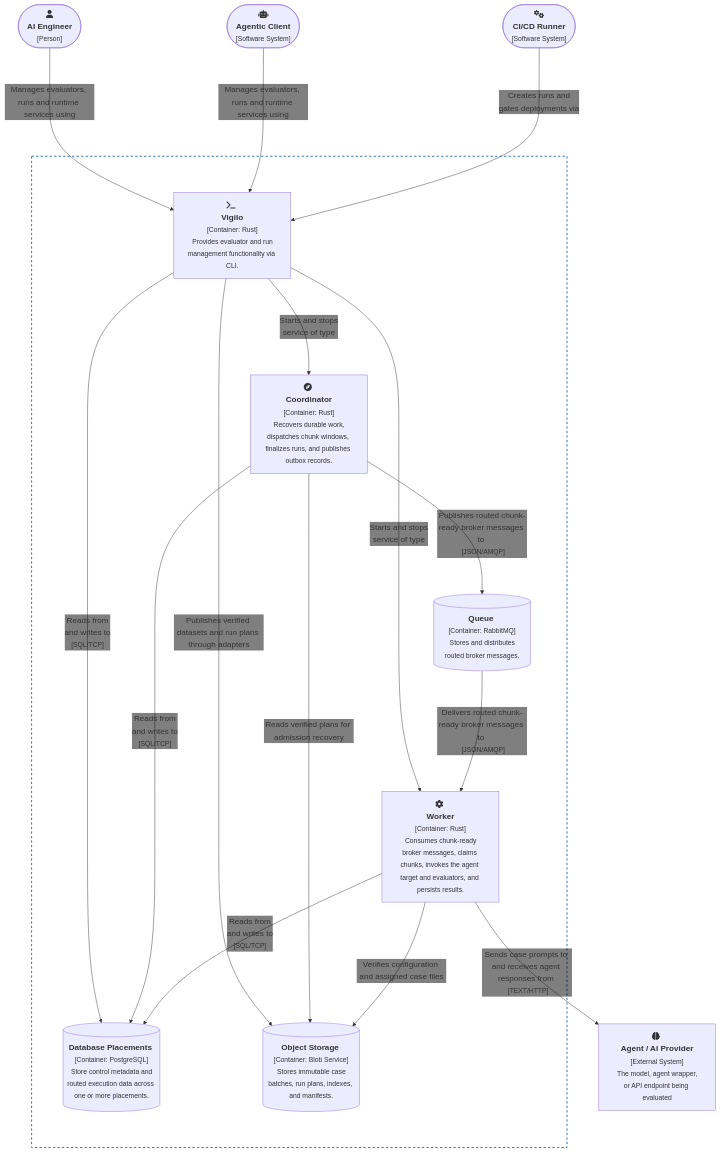
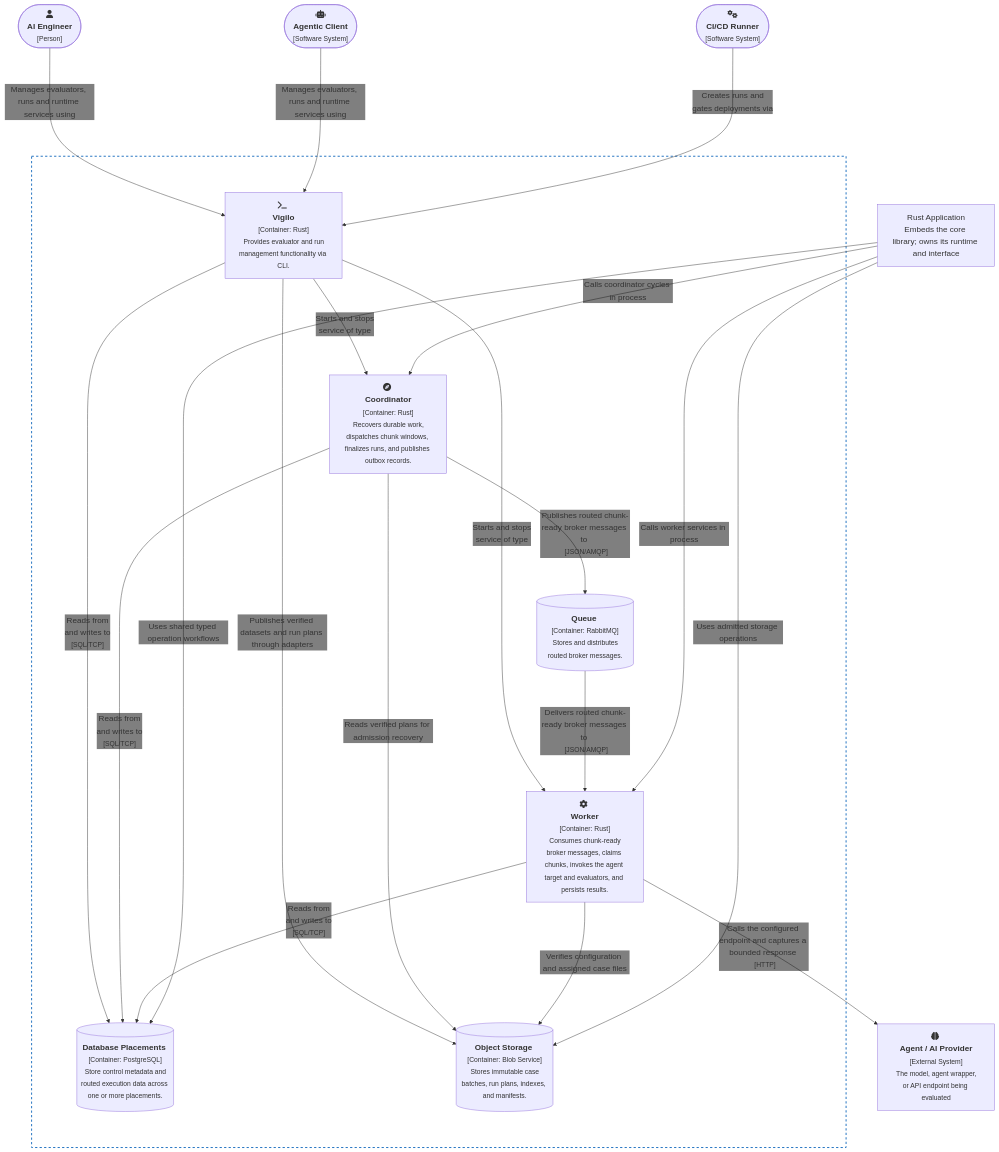
The diagram in web/docs/architecture/structure/containers/agent-vigilo/diagram.mmd (agent-vigilo/vigilo), drawn with Mermaid before and after one commit. The commit also changed 25 other files, not shown here.

```diff
--- a/web/docs/architecture/structure/containers/agent-vigilo/diagram.mmd
+++ b/web/docs/architecture/structure/containers/agent-vigilo/diagram.mmd
@@ -1,61 +1,68 @@
 ---
 config:
   flowchart:
     nodeSpacing: 120
     rankSpacing: 160
   themeVariables:
     fontSize: 18px
     padding: 50
     edgeLabelBackground: 'transparent'
 ---
 flowchart TD
     %% actors
     User(["fa:fa-user <br/> <b>AI Engineer</b> <br/> <small>[Person]</small>"]):::person
     AgentClient(["fa:fa-robot <br/> <b>Agentic Client</b> <br/> <small>[Software System]</small>"]):::actor
     CICD(["fa:fa-gears <br/> <b>CI/CD Runner</b> <br/> <small>[Software System]</small>"]):::actor
 
+
+    LibraryHost["Rust Application<br/>Embeds the core library; owns its runtime and interface"]:::external
 
     %% components
     Vigilo["fa:fa-terminal <br/> <b>Vigilo</b> <br/> <small>[Container: Rust]</small> <br/> <small>Provides evaluator and run management functionality via CLI.</small>"]:::component
     Coordinator["fa:fa-compass <br/> <b>Coordinator</b> <br/> <small>[Container: Rust]</small> <br/> <small>Recovers durable work, dispatches chunk windows, finalizes runs, and publishes outbox records.</small>"]:::component
     Worker["fa:fa-gear <br/> <b>Worker</b> <br/> <small>[Container: Rust]</small> <br/> <small>Consumes chunk-ready broker messages, claims chunks, invokes the agent target and evaluators, and persists results.</small>"]:::component
     Database[("<b>Database Placements</b> <br/> <small>[Container: PostgreSQL]</small> <br/> <small>Store control metadata and routed execution data across one or more placements.</small>")]:::component
     Queue[("<b>Queue</b> <br/> <small>[Container: RabbitMQ]</small> <br/> <small>Stores and distributes routed broker messages.</small>")]:::component
 
     Objects[("<b>Object Storage</b> <br/> <small>[Container: Blob Service]</small> <br/> <small>Stores immutable case batches, run plans, indexes, and manifests.</small>")]:::component
 
     %% system boundary
     subgraph VigiloSystem["&nbsp;"]
         Vigilo
         Coordinator
         Worker
         Database
         Queue
         Objects
     end
     style VigiloSystem stroke-dasharray: 5 5,fill:none,stroke:#1168bd,stroke-width:2px
 
     %% external target
     TargetAgent["fa:fa-brain <br/> <b>Agent / AI Provider</b> <br/> <small>[External System]</small> <br/> <small>The model, agent wrapper, or API endpoint being evaluated</small>"]:::external
 
     %% edges
     User & AgentClient -->|"Manages evaluators, runs and runtime services using"| Vigilo
     CICD -->|Creates runs and <br/> gates deployments via| Vigilo
     Vigilo -->|"Reads from <br/> and writes to <br> <small>[SQL/TCP]</small>"| Database
     Vigilo -->|"Starts and stops <br/> service of type"| Coordinator
     Vigilo -->|"Starts and stops <br/> service of type"| Worker
     Coordinator -->|"Reads from <br/> and writes to <br> <small>[SQL/TCP]</small>"| Database
     Coordinator -->|"Publishes routed chunk-ready broker messages to <br> <small>[JSON/AMQP]</small>"| Queue
     Queue -->|"Delivers routed chunk-ready broker messages to <br> <small>[JSON/AMQP]</small>"| Worker
     Worker -->|"Reads from <br/> and writes to <br> <small>[SQL/TCP]</small>"| Database
-    Worker -->|"Sends case prompts to and receives agent responses from <br> <small>[TEXT/HTTP]</small>"| TargetAgent
+    Worker -->|"Calls the configured endpoint and captures a bounded response <br> <small>[HTTP]</small>"| TargetAgent
 
     Vigilo -->|Publishes verified datasets and run plans through adapters| Objects
     Coordinator -->|Reads verified plans for admission recovery| Objects
     Worker -->|Verifies configuration and assigned case files| Objects
+
+    LibraryHost -->|"Calls coordinator cycles in process"| Coordinator
+    LibraryHost -->|"Calls worker services in process"| Worker
+    LibraryHost -->|"Uses shared typed operation workflows"| Database
+    LibraryHost -->|"Uses admitted storage operations"| Objects
 
     %% links
     click Vigilo "/docs/architecture/structure/components/vigilo/"
     click Coordinator "/docs/architecture/structure/components/coordinator/"
     click Worker "/docs/architecture/structure/components/worker/"
     click Objects "/docs/architecture/case-storage/"
```
